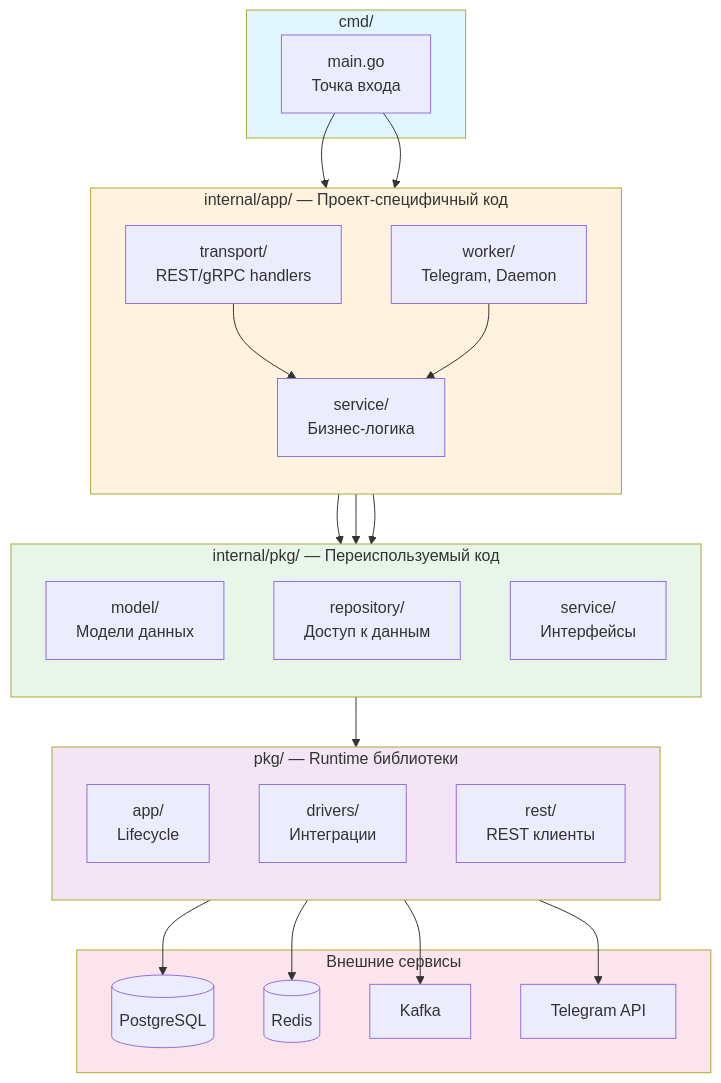
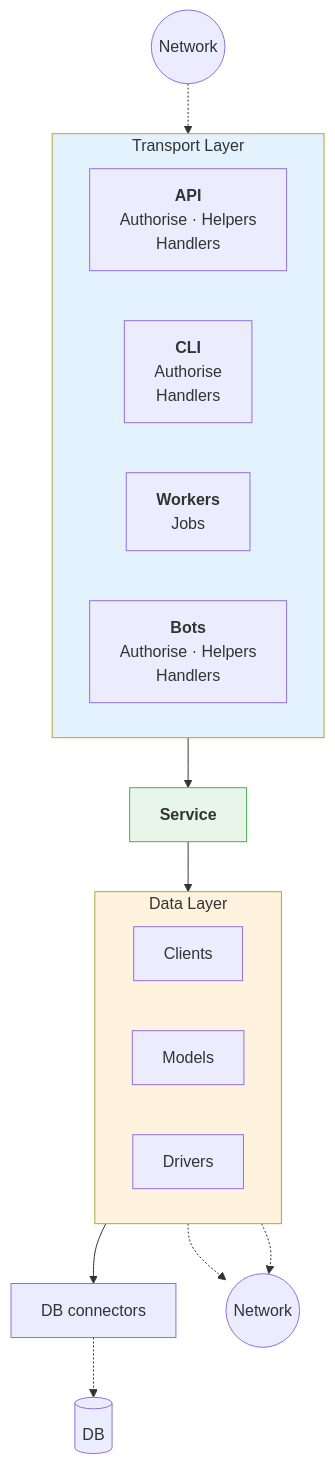
The first of 14 diagrams in docs/architecture/generated-project.md (Educentr/go-project-starter), drawn with Mermaid before and after one commit. The commit also changed other lines of this file and 1 other file, not shown here.

Commit message:
docs: update architecture diagram and add make docs command
Replace general architecture mermaid diagram with layered view
matching the reference design (Transport → Service → Data).
Remove duplicate "Связь компонентов" section.
Add `make docs` target for running mkdocs locally in Docker.

````diff
--- a/docs/architecture/generated-project.md
+++ b/docs/architecture/generated-project.md
@@ -9,53 +9,30 @@
 ```mermaid
 flowchart TB
-    subgraph CMD["cmd/"]
-        MAIN[main.go<br/>Точка входа]
+    NET_IN((Network)) -.-> TRANSPORT
+
+    subgraph TRANSPORT["Transport Layer"]
+        direction LR
+        API["<b>API</b><br/>Authorise · Helpers<br/>Handlers"]
+        CLI["<b>CLI</b><br/>Authorise<br/>Handlers"]
+        WORKERS["<b>Workers</b><br/>Jobs"]
+        BOTS["<b>Bots</b><br/>Authorise · Helpers<br/>Handlers"]
     end
 
-    subgraph INTERNAL_APP["internal/app/ — Проект-специфичный код"]
-        direction TB
-        TRANSPORT[transport/<br/>REST/gRPC handlers]
-        WORKER[worker/<br/>Telegram, Daemon]
-        APP_SERVICE[service/<br/>Бизнес-логика]
+    TRANSPORT --> SERVICE["<b>Service</b>"]
+
+    SERVICE --> DATA
+
+    subgraph DATA["Data Layer"]
+        direction LR
+        CLIENTS[Clients]
+        MODELS[Models]
+        DRIVERS[Drivers]
     end
 
-    subgraph INTERNAL_PKG["internal/pkg/ — Переиспользуемый код"]
-        direction TB
-        MODEL[model/<br/>Модели данных]
-        REPOSITORY[repository/<br/>Доступ к данным]
-        IPK_SERVICE[service/<br/>Интерфейсы]
-    end
+    MODELS --> DB_CONN[DB connectors] -.-> DB[(DB)]
+    CLIENTS & DRIVERS -.-> NET_OUT((Network))
 
-    subgraph PKG["pkg/ — Runtime библиотеки"]
-        direction TB
-        PKG_APP[app/<br/>Lifecycle]
-        PKG_DRIVERS[drivers/<br/>Интеграции]
-        PKG_REST[rest/<br/>REST клиенты]
-    end
-
-    subgraph EXTERNAL["Внешние сервисы"]
-        DB[(PostgreSQL)]
-        REDIS[(Redis)]
-        KAFKA[Kafka]
-        TELEGRAM[Telegram API]
-    end
-
-    MAIN --> TRANSPORT
-    MAIN --> WORKER
-    TRANSPORT --> APP_SERVICE
-    WORKER --> APP_SERVICE
-    APP_SERVICE --> MODEL
-    APP_SERVICE --> REPOSITORY
-    APP_SERVICE --> IPK_SERVICE
-    REPOSITORY --> PKG_DRIVERS
-    PKG_DRIVERS --> DB
-    PKG_DRIVERS --> REDIS
-    PKG_DRIVERS --> KAFKA
-    PKG_DRIVERS --> TELEGRAM
-
-    style CMD fill:#e1f5fe
-    style INTERNAL_APP fill:#fff3e0
-    style INTERNAL_PKG fill:#e8f5e9
-    style PKG fill:#f3e5f5
-    style EXTERNAL fill:#fce4ec
+    style TRANSPORT fill:#e3f2fd
+    style DATA fill:#fff3e0
+    style SERVICE fill:#e8f5e9,stroke:#4caf50
 ```
````
